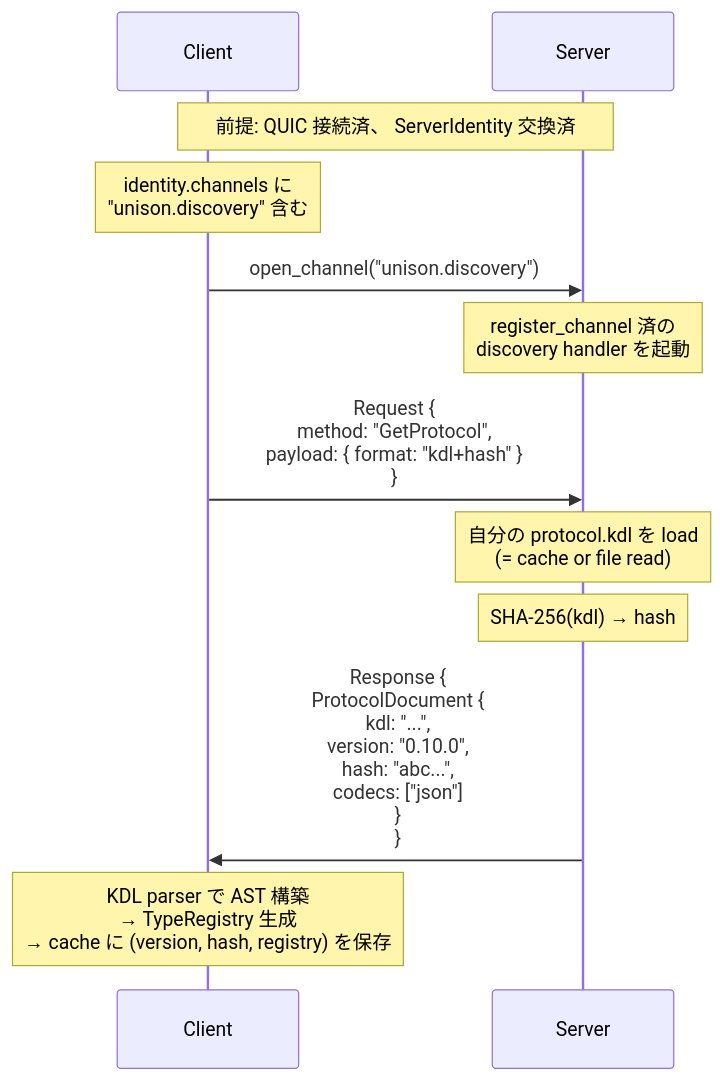
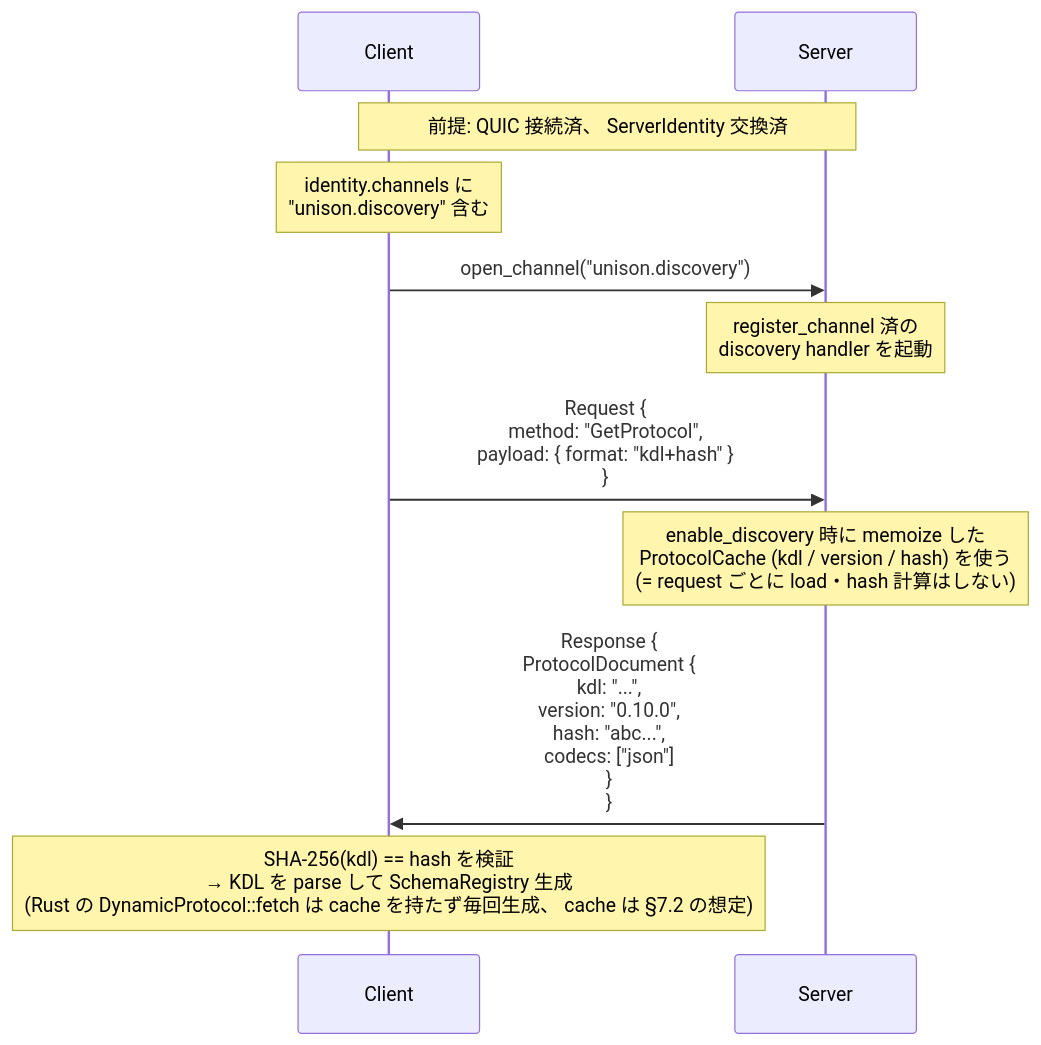
One commit to chronista-club/club-unison changed the second of 5 diagrams in spec/04-discovery/SPEC.md. Above: the diagram before and after it, drawn with Mermaid. The commit also changed other lines of this file and 24 other files, not shown here.

````diff
--- a/spec/04-discovery/SPEC.md
+++ b/spec/04-discovery/SPEC.md
@@ -205,20 +211,19 @@
 ```mermaid
 sequenceDiagram
     participant C as Client
     participant S as Server
 
     Note over C,S: 前提: QUIC 接続済、 ServerIdentity 交換済
     Note over C: identity.channels に<br/>"unison.discovery" 含む
 
     C->>S: open_channel("unison.discovery")
     Note over S: register_channel 済の<br/>discovery handler を起動
 
     C->>S: Request {<br/>  method: "GetProtocol",<br/>  payload: { format: "kdl+hash" }<br/>}
 
-    Note over S: 自分の protocol.kdl を load<br/>(= cache or file read)
-    Note over S: SHA-256(kdl) → hash
+    Note over S: enable_discovery 時に memoize した<br/>ProtocolCache (kdl / version / hash) を使う<br/>(= request ごとに load・hash 計算はしない)
 
     S->>C: Response {<br/>  ProtocolDocument {<br/>    kdl: "...",<br/>    version: "0.10.0",<br/>    hash: "abc...",<br/>    codecs: ["json"]<br/>  }<br/>}
 
-    Note over C: KDL parser で AST 構築<br/>→ TypeRegistry 生成<br/>→ cache に (version, hash, registry) を保存
+    Note over C: SHA-256(kdl) == hash を検証<br/>→ KDL を parse して SchemaRegistry 生成<br/>(Rust の DynamicProtocol::fetch は cache を持たず毎回生成、 cache は §7.2 の想定)
 ```
````
